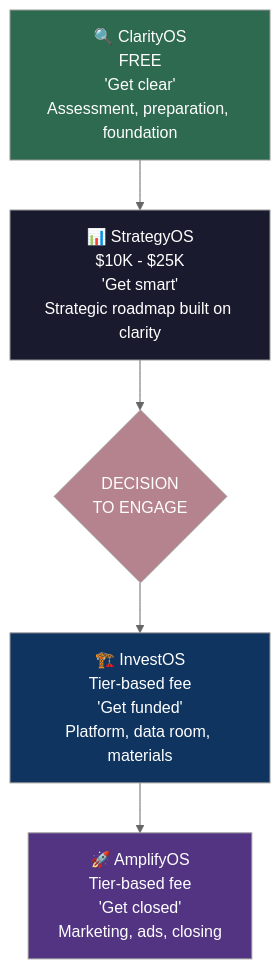
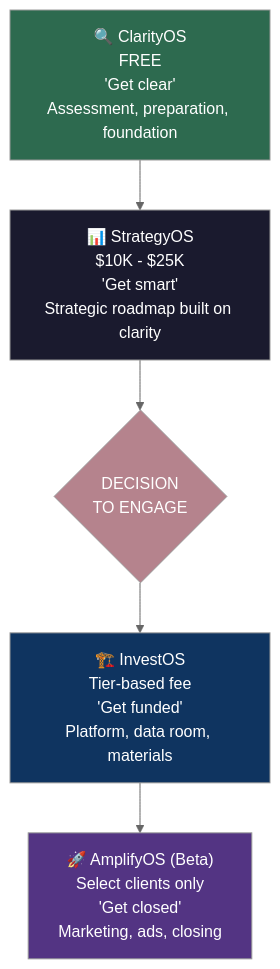
The second of 6 diagrams in _bmad-output/investos-revenue-channels-playbook-2026-03-05.md (Light-Brands/qie), drawn with Mermaid (neutral theme) before and after one commit. The commit also changed other lines of this file and 1 other file, not shown here.

Commit message:
Mark AmplifyOS as Beta — select clients only, per-client basis

````diff
--- a/_bmad-output/investos-revenue-channels-playbook-2026-03-05.md
+++ b/_bmad-output/investos-revenue-channels-playbook-2026-03-05.md
@@ -121,16 +121,16 @@
 ```mermaid
 graph TD
     C["🔍 ClarityOS<br/>FREE<br/>'Get clear'<br/>Assessment, preparation, foundation"]
     S["📊 StrategyOS<br/>$10K - $25K<br/>'Get smart'<br/>Strategic roadmap built on clarity"]
     D{"DECISION<br/>TO ENGAGE"}
     I["🏗️ InvestOS<br/>Tier-based fee<br/>'Get funded'<br/>Platform, data room, materials"]
-    A["🚀 AmplifyOS<br/>Tier-based fee<br/>'Get closed'<br/>Marketing, ads, closing"]
+    A["🚀 AmplifyOS (Beta)<br/>Select clients only<br/>'Get closed'<br/>Marketing, ads, closing"]
 
     C --> S --> D --> I --> A
 
     style C fill:#2d6a4f,color:#fff
     style S fill:#1a1a2e,color:#fff
     style D fill:#b5838d,color:#fff
     style I fill:#0f3460,color:#fff
     style A fill:#533483,color:#fff
 ```
````
